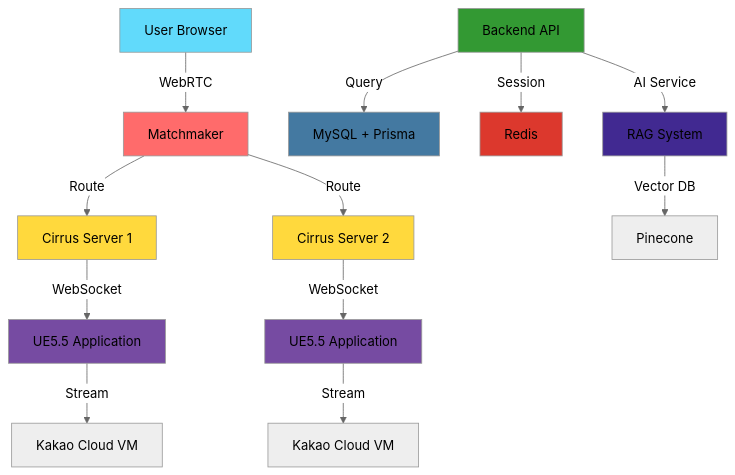
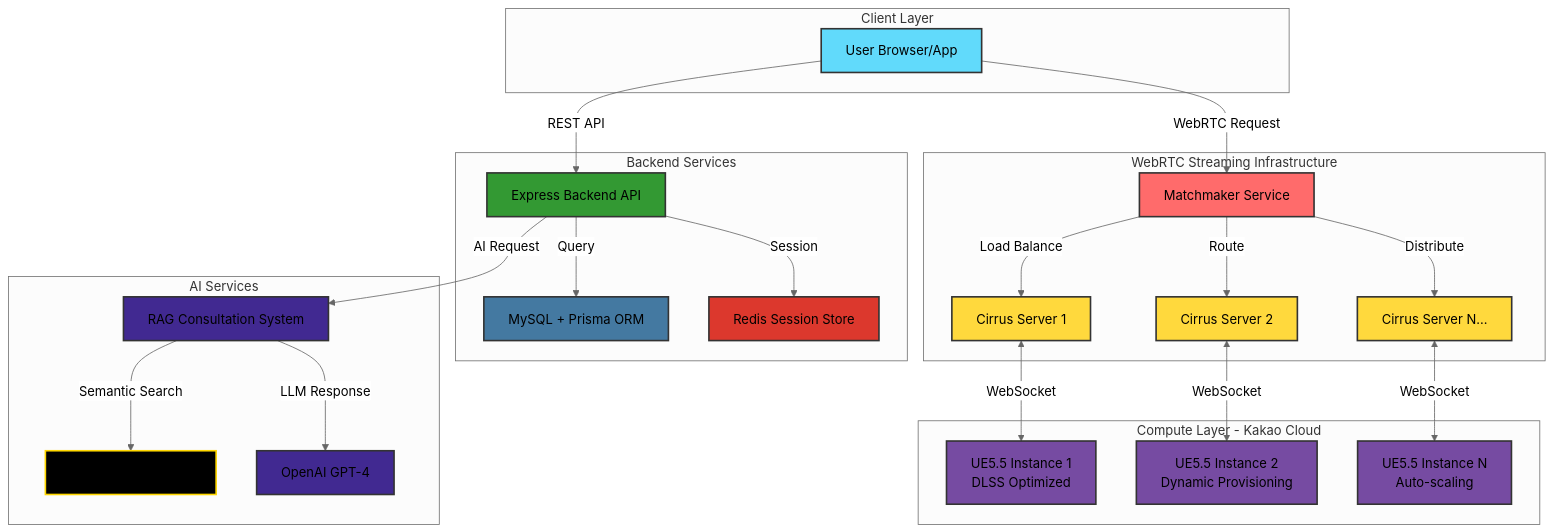
One commit to robanian/robanian changed the diagram in README.md. Above: the diagram before and after it, drawn with Mermaid (neutral theme). The commit also changed other lines of this file and 2 other files, not shown here.

````diff
--- a/README.md
+++ b/README.md
@@ -191,26 +264,63 @@
 ```mermaid
 graph TB
-    A[User Browser] -->|WebRTC| B[Matchmaker]
-    B -->|Route| C[Cirrus Server 1]
-    B -->|Route| D[Cirrus Server 2]
-    C -->|WebSocket| E[UE5.5 Application]
-    D -->|WebSocket| F[UE5.5 Application]
-    E -->|Stream| G[Kakao Cloud VM]
-    F -->|Stream| H[Kakao Cloud VM]
+    subgraph "Client Layer"
+        A[User Browser/App]
+    end
     
-    I[Backend API] -->|Query| J[MySQL + Prisma]
-    I -->|Session| K[Redis]
-    I -->|AI Service| L[RAG System]
-    L -->|Vector DB| M[Pinecone]
+    subgraph "WebRTC Streaming Infrastructure"
+        B[Matchmaker Service]
+        C[Cirrus Server 1]
+        D[Cirrus Server 2]
+        E[Cirrus Server N...]
+    end
     
-    style A fill:#61DAFB
-    style B fill:#FF6B6B
-    style C fill:#FFD93D
-    style D fill:#FFD93D
-    style E fill:#764BA2
-    style F fill:#764BA2
-    style I fill:#339933
-    style J fill:#4479A1
-    style K fill:#DC382D
-    style L fill:#412991
+    subgraph "Compute Layer - Kakao Cloud"
+        F[UE5.5 Instance 1<br/>DLSS Optimized]
+        G[UE5.5 Instance 2<br/>Dynamic Provisioning]
+        H[UE5.5 Instance N<br/>Auto-scaling]
+    end
+    
+    subgraph "Backend Services"
+        I[Express Backend API]
+        J[MySQL + Prisma ORM]
+        K[Redis Session Store]
+    end
+    
+    subgraph "AI Services"
+        L[RAG Consultation System]
+        M[Pinecone Vector DB]
+        N[OpenAI GPT-4]
+    end
+    
+    A -->|WebRTC Request| B
+    B -->|Load Balance| C
+    B -->|Route| D
+    B -->|Distribute| E
+    
+    C <-->|WebSocket| F
+    D <-->|WebSocket| G
+    E <-->|WebSocket| H
+    
+    A -->|REST API| I
+    I -->|Query| J
+    I -->|Session| K
+    I -->|AI Request| L
+    
+    L -->|Semantic Search| M
+    L -->|LLM Response| N
+    
+    style A fill:#61DAFB,stroke:#333,stroke-width:2px
+    style B fill:#FF6B6B,stroke:#333,stroke-width:2px
+    style C fill:#FFD93D,stroke:#333,stroke-width:2px
+    style D fill:#FFD93D,stroke:#333,stroke-width:2px
+    style E fill:#FFD93D,stroke:#333,stroke-width:2px
+    style F fill:#764BA2,stroke:#333,stroke-width:2px
+    style G fill:#764BA2,stroke:#333,stroke-width:2px
+    style H fill:#764BA2,stroke:#333,stroke-width:2px
+    style I fill:#339933,stroke:#333,stroke-width:2px
+    style J fill:#4479A1,stroke:#333,stroke-width:2px
+    style K fill:#DC382D,stroke:#333,stroke-width:2px
+    style L fill:#412991,stroke:#333,stroke-width:2px
+    style M fill:#000000,stroke:#FFD700,stroke-width:2px
+    style N fill:#412991,stroke:#333,stroke-width:2px
 ```
````
